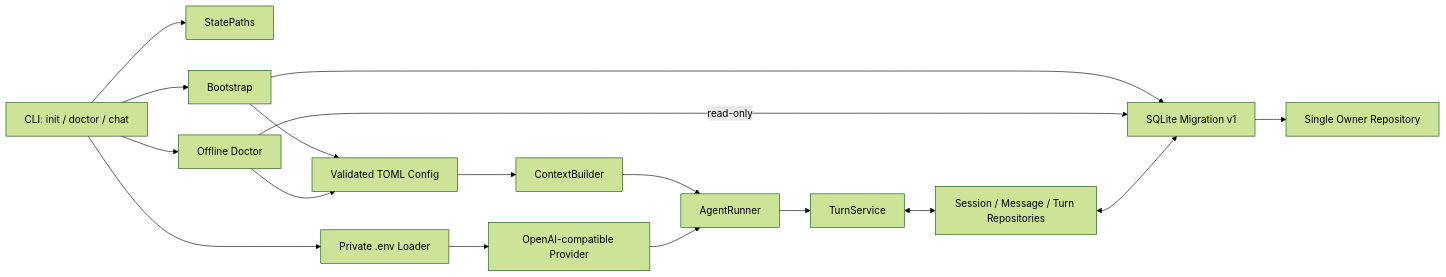
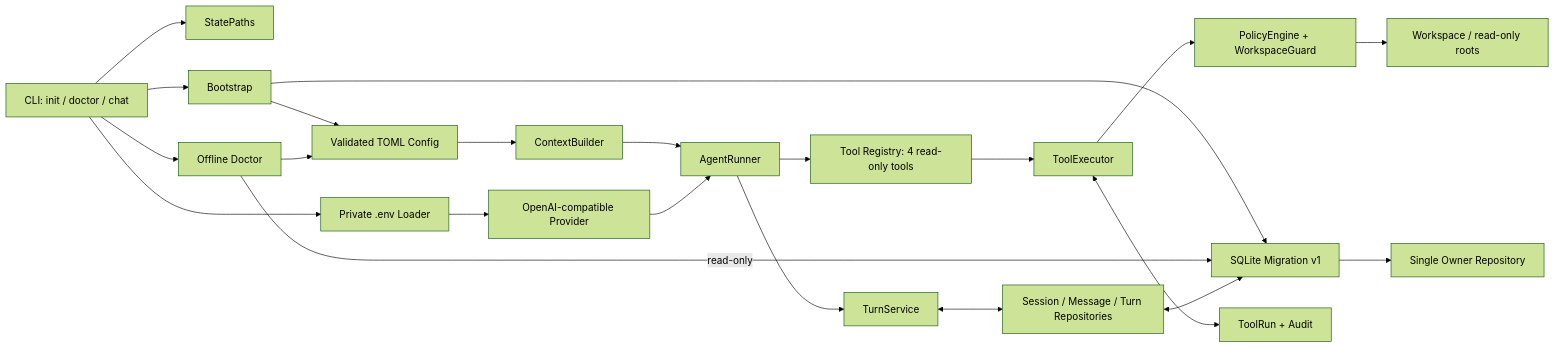
Before and after one commit to NEDONION/lobster0: the first of 4 diagrams in docs/architecture/20260807_系统架构.md, drawn with Mermaid (forest theme). The commit also changed other lines of this file and 3 other files, not shown here.

Commit message:
docs: sync workspace read safety contracts

````diff
--- a/docs/architecture/20260807_系统架构.md
+++ b/docs/architecture/20260807_系统架构.md
@@ -7,19 +8,24 @@
 ```mermaid
 flowchart LR
     CLI["CLI: init / doctor / chat"] --> PATHS["StatePaths"]
     CLI --> BOOTSTRAP["Bootstrap"]
     BOOTSTRAP --> CONFIG["Validated TOML Config"]
     BOOTSTRAP --> MIGRATION["SQLite Migration v1"]
     MIGRATION --> OWNER["Single Owner Repository"]
     CLI --> DOCTOR["Offline Doctor"]
     DOCTOR --> CONFIG
     DOCTOR -->|"read-only"| MIGRATION
     CLI --> ENV["Private .env Loader"]
     ENV --> PROVIDER["OpenAI-compatible Provider"]
     CONFIG --> CONTEXT["ContextBuilder"]
     CONTEXT --> RUNNER["AgentRunner"]
     PROVIDER --> RUNNER
+    RUNNER --> REGISTRY["Tool Registry: 4 read-only tools"]
+    REGISTRY --> EXECUTOR["ToolExecutor"]
+    EXECUTOR --> POLICY["PolicyEngine + WorkspaceGuard"]
+    EXECUTOR <--> TOOLING["ToolRun + Audit"]
+    POLICY --> WORKSPACE["Workspace / read-only roots"]
     RUNNER --> TURN["TurnService"]
     TURN <--> CONVERSATION["Session / Message / Turn Repositories"]
     CONVERSATION <--> MIGRATION
 ```
````
